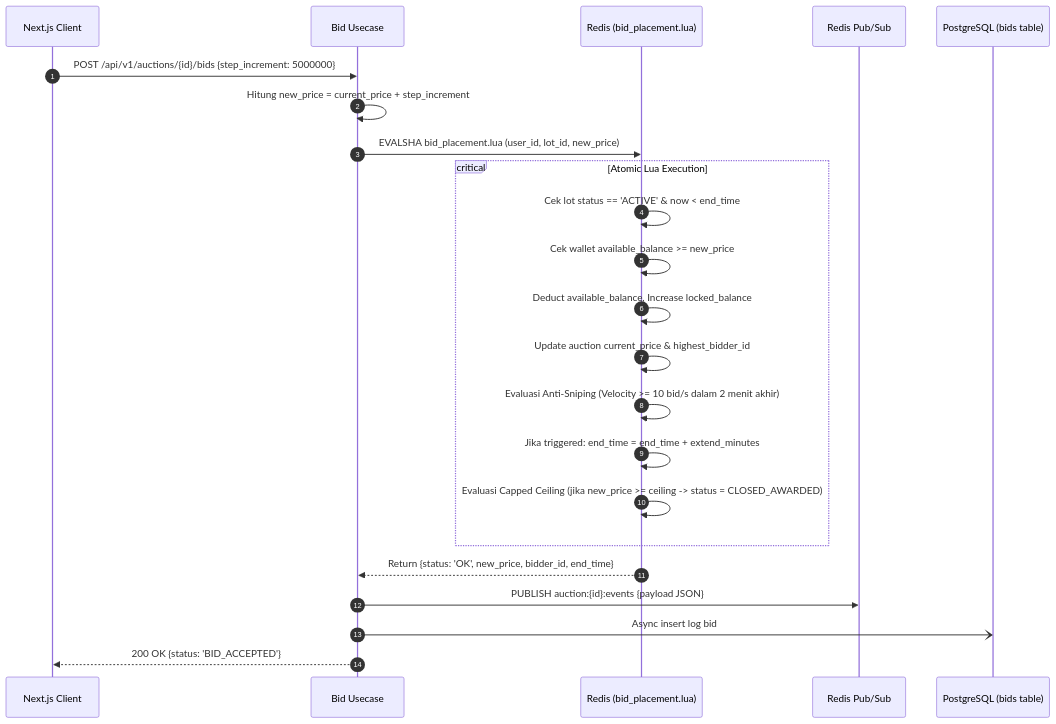
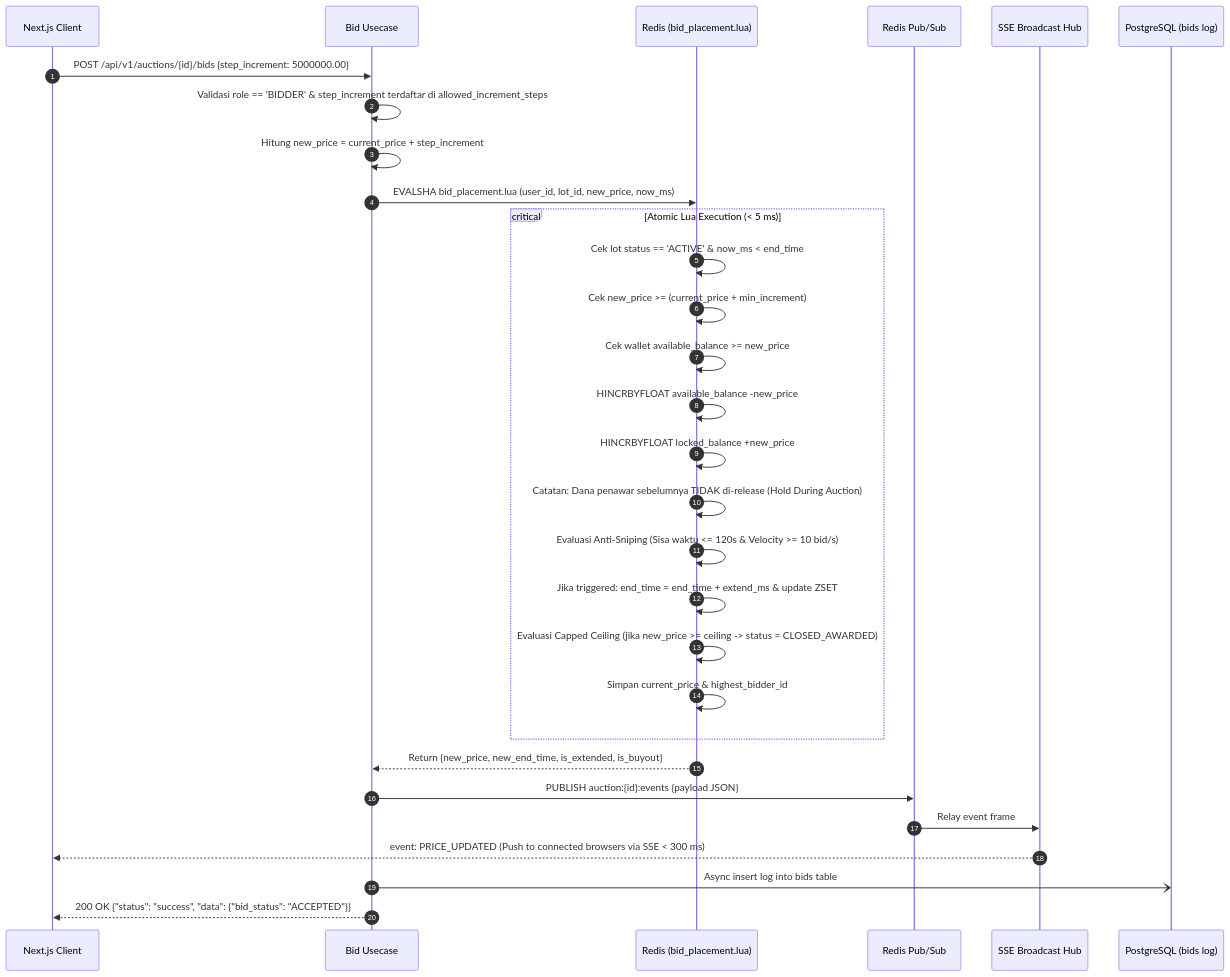
The second of 5 diagrams in 02_Projects/real-time-auction-engine/04_Design/lld-low-level-design.md (daniesalim304/SALT-HACKATON-2026), drawn with Mermaid before and after one commit. The commit also changed other lines of this file and 145 other files, not shown here.

````diff
--- a/02_Projects/real-time-auction-engine/04_Design/lld-low-level-design.md
+++ b/02_Projects/real-time-auction-engine/04_Design/lld-low-level-design.md
@@ -144,28 +287,35 @@
 ```mermaid
 sequenceDiagram
     autonumber
     participant UI as Next.js Client
     participant API as Bid Usecase
     participant Lua as Redis (bid_placement.lua)
     participant PS as Redis Pub/Sub
-    participant PG as PostgreSQL (bids table)
+    participant SSE as SSE Broadcast Hub
+    participant PG as PostgreSQL (bids log)
 
-    UI->>API: POST /api/v1/auctions/{id}/bids {step_increment: 5000000}
+    UI->>API: POST /api/v1/auctions/{id}/bids {step_increment: 5000000.00}
+    API->>API: Validasi role == 'BIDDER' & step_increment terdaftar di allowed_increment_steps
     API->>API: Hitung new_price = current_price + step_increment
-    API->>Lua: EVALSHA bid_placement.lua (user_id, lot_id, new_price)
+    API->>Lua: EVALSHA bid_placement.lua (user_id, lot_id, new_price, now_ms)
     
-    critical Atomic Lua Execution
-        Lua->>Lua: Cek lot status == 'ACTIVE' & now < end_time
+    critical Atomic Lua Execution (< 5 ms)
+        Lua->>Lua: Cek lot status == 'ACTIVE' & now_ms < end_time
+        Lua->>Lua: Cek new_price >= (current_price + min_increment)
         Lua->>Lua: Cek wallet available_balance >= new_price
-        Lua->>Lua: Deduct available_balance, Increase locked_balance
-        Lua->>Lua: Update auction current_price & highest_bidder_id
-        Lua->>Lua: Evaluasi Anti-Sniping (Velocity >= 10 bid/s dalam 2 menit akhir)
-        Lua->>Lua: Jika triggered: end_time = end_time + extend_minutes
+        Lua->>Lua: HINCRBYFLOAT available_balance -new_price
+        Lua->>Lua: HINCRBYFLOAT locked_balance +new_price
+        Lua->>Lua: Catatan: Dana penawar sebelumnya TIDAK di-release (Hold During Auction)
+        Lua->>Lua: Evaluasi Anti-Sniping (Sisa waktu <= 120s & Velocity >= 10 bid/s)
+        Lua->>Lua: Jika triggered: end_time = end_time + extend_ms & update ZSET
         Lua->>Lua: Evaluasi Capped Ceiling (jika new_price >= ceiling -> status = CLOSED_AWARDED)
+        Lua->>Lua: Simpan current_price & highest_bidder_id
     end
     
-    Lua-->>API: Return {status: 'OK', new_price, bidder_id, end_time}
+    Lua-->>API: Return {new_price, new_end_time, is_extended, is_buyout}
     API->>PS: PUBLISH auction:{id}:events {payload JSON}
-    API-)PG: Async insert log bid
-    API-->>UI: 200 OK {status: 'BID_ACCEPTED'}
+    PS->>SSE: Relay event frame
+    SSE-->>UI: event: PRICE_UPDATED (Push to connected browsers via SSE < 300 ms)
+    API-)PG: Async insert log into bids table
+    API-->>UI: 200 OK {"status": "success", "data": {"bid_status": "ACCEPTED"}}
 ```
````
